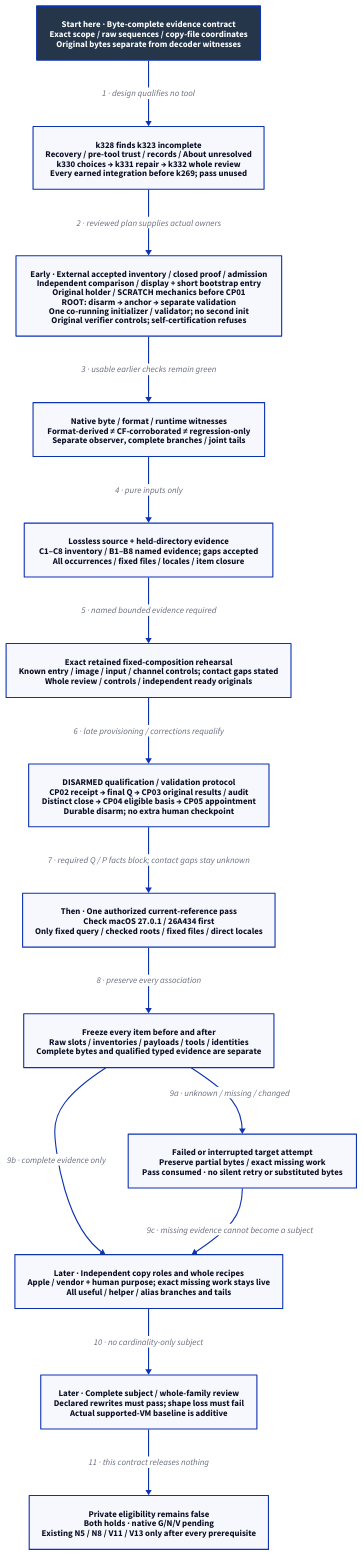
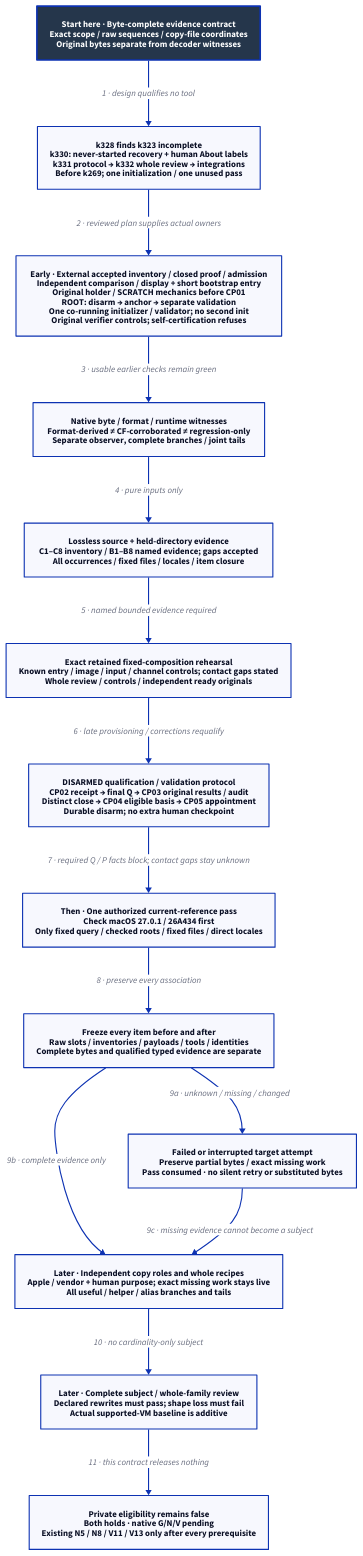
Before and after one commit to Linkuistics/Koine: the diagram in docs/design/architecture/native-reference-evidence.d2, drawn with D2. The commit also changed 34 other files, not shown here.

Commit message:
Record never-started recovery and About provenance requirements (reference-evidence-recovery-and-provenance-k330)

```diff
--- a/docs/design/architecture/native-reference-evidence.d2
+++ b/docs/design/architecture/native-reference-evidence.d2
@@ -1,31 +1,31 @@
 # Reviewed k323 proposal; k330/k331/k332 replacement and integrations precede k269.
 direction: down
 classes: {
   start: {style: {fill: "#25364B"; font-color: "#FFFFFF"; bold: true; stroke-width: 3}}
 }
 Start: "Start here · Byte-complete evidence contract\nExact scope / raw sequences / copy-file coordinates\nOriginal bytes separate from decoder witnesses" {class: start}
-Plan: "k328 finds k323 incomplete\nRecovery / pre-tool trust / records / About unresolved\nk330 choices → k331 repair → k332 whole review\nEvery earned integration before k269; pass unused"
+Plan: "k328 finds k323 incomplete\nk330: never-started recovery + human About labels\nk331 protocol → k332 whole review → integrations\nBefore k269; one initialization / one unused pass"
 Replay: "Early · External accepted inventory / closed proof / admission\nIndependent comparison / display + short bootstrap entry\nOriginal holder / SCRATCH mechanics before CP01\nROOT: disarm → anchor → separate validation\nOne co-running initializer / validator; no second init\nOriginal verifier controls; self-certification refuses"
 Decode: "Native byte / format / runtime witnesses\nFormat-derived ≠ CF-corroborated ≠ regression-only\nSeparate observer, complete branches / joint tails"
 Source: "Lossless source + held-directory evidence\nC1–C8 inventory / B1–B8 named evidence; gaps accepted\nAll occurrences / fixed files / locales / item closure"
 Pure: "Exact retained fixed-composition rehearsal\nKnown entry / image / input / channel controls; contact gaps stated\nWhole review / controls / independent ready originals"
 Authority: "DISARMED qualification / validation protocol\nCP02 receipt → final Q → CP03 original results / audit\nDistinct close → CP04 eligible basis → CP05 appointment\nDurable disarm; no extra human checkpoint"
 Pass: "Then · One authorized current-reference pass\nCheck macOS 27.0.1 / 26A434 first\nOnly fixed query / checked roots / fixed files / direct locales"
 Closure: "Freeze every item before and after\nRaw slots / inventories / payloads / tools / identities\nComplete bytes and qualified typed evidence are separate"
 Failed: "Failed or interrupted target attempt\nPreserve partial bytes / exact missing work\nPass consumed · no silent retry or substituted bytes"
 Roles: "Later · Independent copy roles and whole recipes\nApple / vendor + human purpose; exact missing work stays live\nAll useful / helper / alias branches and tails"
 Review: "Later · Complete subject / whole-family review\nDeclared rewrites must pass; shape loss must fail\nActual supported-VM baseline is additive"
 Hold: "Private eligibility remains false\nBoth holds · native G/N/V pending\nExisting N5 / N8 / V11 / V13 only after every prerequisite"
 Start -> Plan: "1 · design qualifies no tool"
 Plan -> Replay: "2 · reviewed plan supplies actual owners"
 Replay -> Decode: "3 · usable earlier checks remain green"
 Decode -> Source: "4 · pure inputs only"
 Source -> Pure: "5 · named bounded evidence required"
 Pure -> Authority: "6 · late provisioning / corrections requalify"
 Authority -> Pass: "7 · required Q / P facts block; contact gaps stay unknown"
 Pass -> Closure: "8 · preserve every association"
 Closure -> Failed: "9a · unknown / missing / changed"
 Closure -> Roles: "9b · complete evidence only"
 Failed -> Roles: "9c · missing evidence cannot become a subject"
 Roles -> Review: "10 · no cardinality-only subject"
 Review -> Hold: "11 · this contract releases nothing"
```
